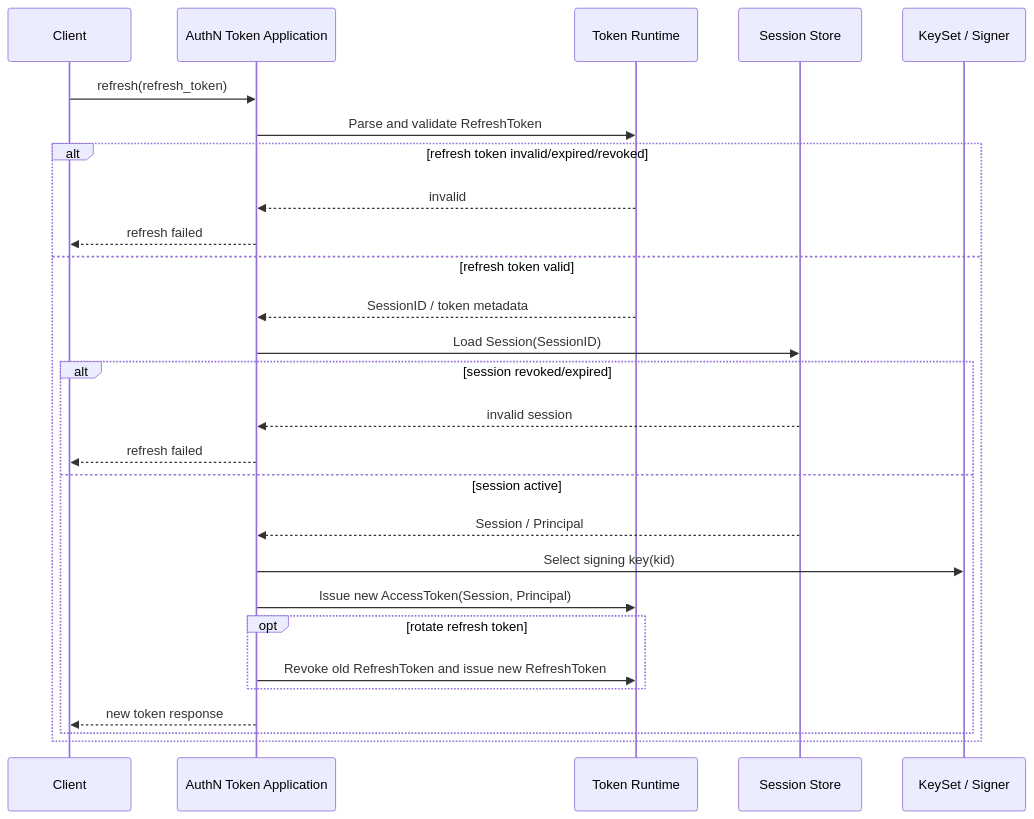
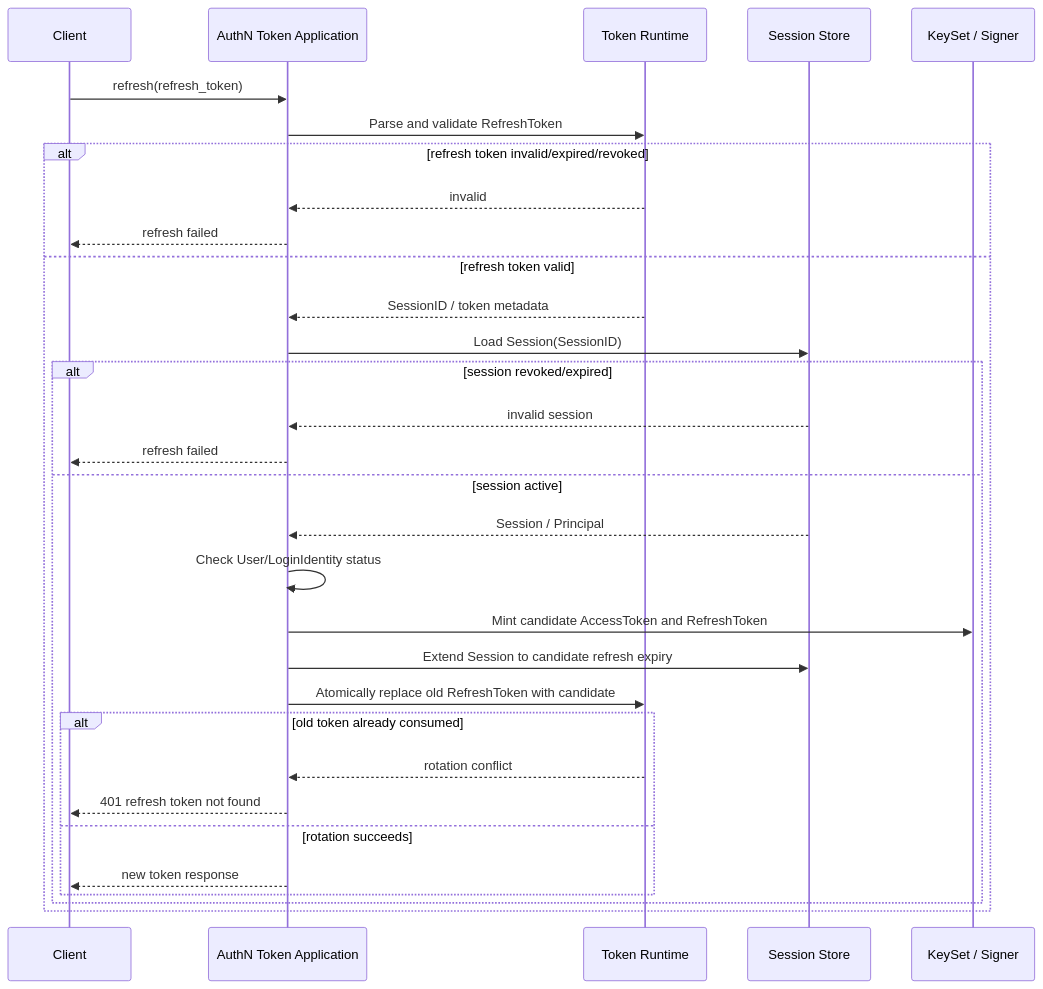
Before and after one commit to FangcunMount/iam: the fourth of 9 diagrams in docs/02-业务模块/02-AuthN/05-关键链路-Token签发刷新吊销.md, drawn with Mermaid. The commit also changed other lines of this file and 56 other files, not shown here.

````diff
--- a/docs/02-业务模块/02-AuthN/05-关键链路-Token签发刷新吊销.md
+++ b/docs/02-业务模块/02-AuthN/05-关键链路-Token签发刷新吊销.md
@@ -345,30 +344,34 @@
 ```mermaid
 sequenceDiagram
     participant C as Client
     participant A as AuthN Token Application
     participant TR as Token Runtime
     participant SS as Session Store
     participant KS as KeySet / Signer
 
     C->>A: refresh(refresh_token)
     A->>TR: Parse and validate RefreshToken
     alt refresh token invalid/expired/revoked
         TR-->>A: invalid
         A-->>C: refresh failed
     else refresh token valid
         TR-->>A: SessionID / token metadata
         A->>SS: Load Session(SessionID)
         alt session revoked/expired
             SS-->>A: invalid session
             A-->>C: refresh failed
         else session active
             SS-->>A: Session / Principal
-            A->>KS: Select signing key(kid)
-            A->>TR: Issue new AccessToken(Session, Principal)
-            opt rotate refresh token
-                A->>TR: Revoke old RefreshToken and issue new RefreshToken
+            A->>A: Check User/LoginIdentity status
+            A->>KS: Mint candidate AccessToken and RefreshToken
+            A->>SS: Extend Session to candidate refresh expiry
+            A->>TR: Atomically replace old RefreshToken with candidate
+            alt old token already consumed
+                TR-->>A: rotation conflict
+                A-->>C: 401 refresh token not found
+            else rotation succeeds
+                A-->>C: new token response
             end
-            A-->>C: new token response
         end
     end
 ```
````
